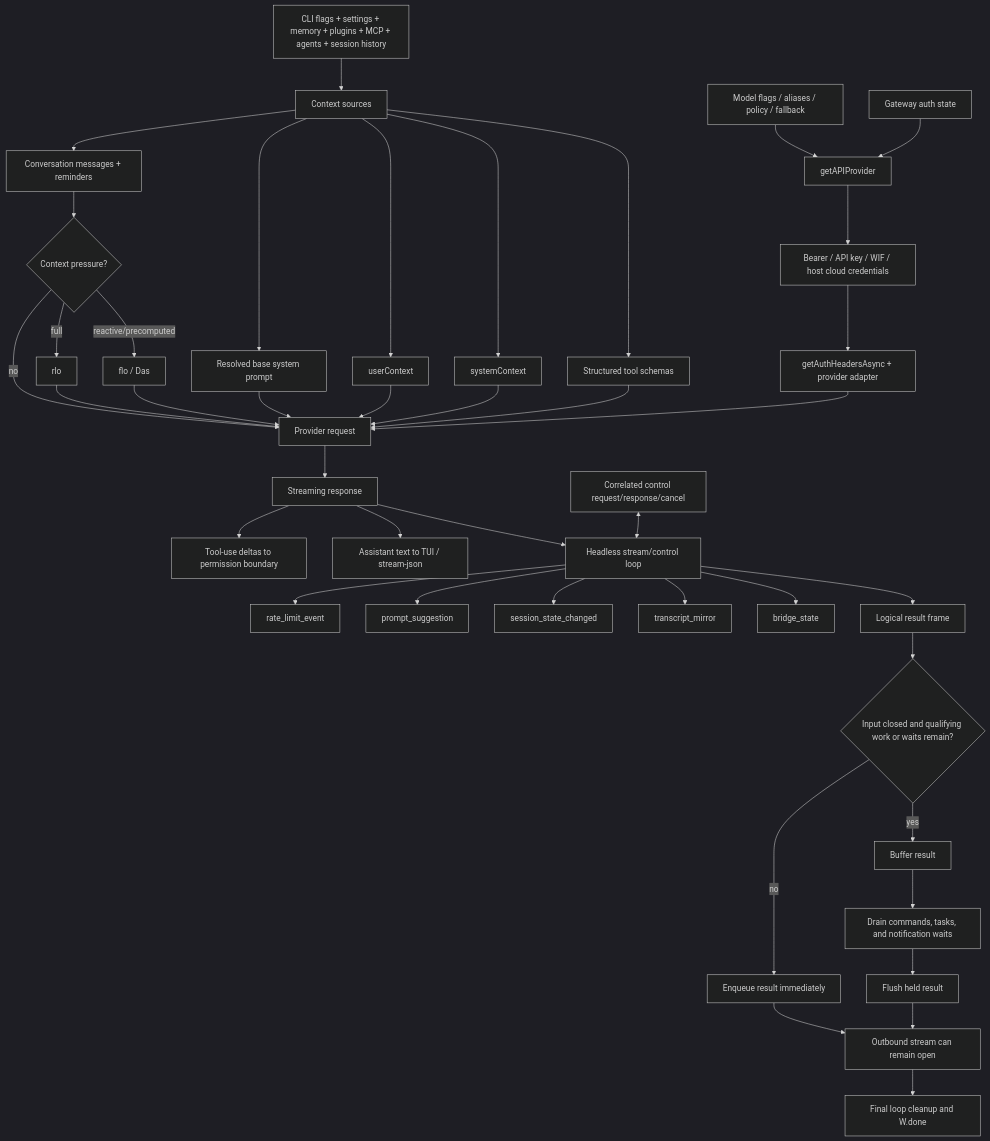
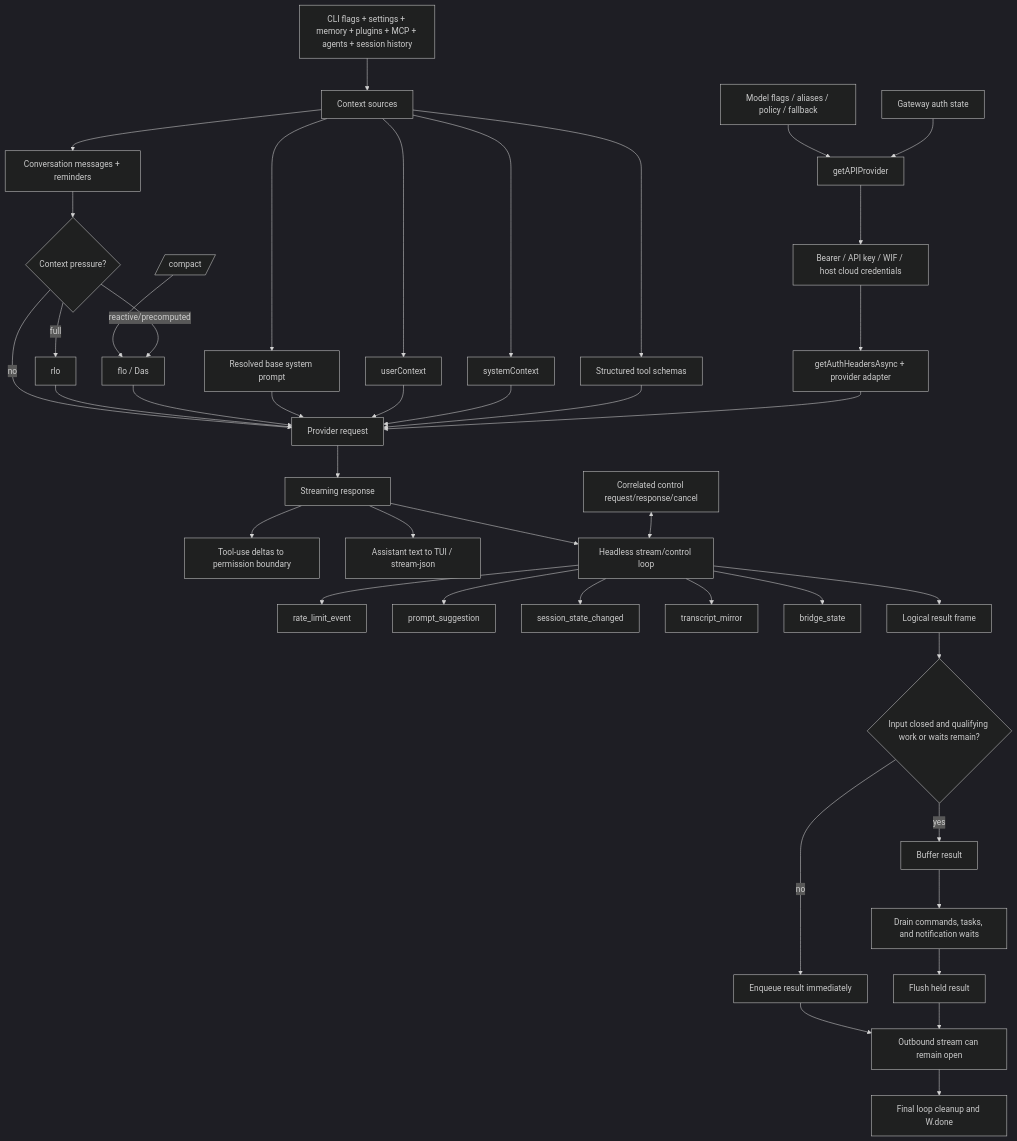
Before and after one commit to vibewatch/claude-code-internals: the diagram in docs/02-context-model-loop/architecture.md, drawn with Mermaid (dark theme). The commit also changed other lines of this file and 46 other files, not shown here.

````diff
--- a/docs/02-context-model-loop/architecture.md
+++ b/docs/02-context-model-loop/architecture.md
@@ -66,47 +67,48 @@
 ```mermaid
 flowchart TD
     Inputs[CLI flags + settings + memory + plugins + MCP + agents + session history] --> Sources[Context sources]
     Sources --> Base[Resolved base system prompt]
     Sources --> User[userContext]
     Sources --> System[systemContext]
     Sources --> Tools[Structured tool schemas]
     Sources --> Transcript[Conversation messages + reminders]
 
     Transcript --> CompactRouter{Context pressure?}
+    Manual[/compact/] --> Reactive
     CompactRouter -->|no| Request[Provider request]
     CompactRouter -->|full| Full[rlo]
     CompactRouter -->|reactive/precomputed| Reactive[flo / Das]
     Full --> Request
     Reactive --> Request
     Base --> Request
     User --> Request
     System --> Request
     Tools --> Request
 
     Models[Model flags / aliases / policy / fallback] --> ProviderRouter[getAPIProvider]
     Gateway[Gateway auth state] --> ProviderRouter
     ProviderRouter --> AuthMatrix[Bearer / API key / WIF / host cloud credentials]
     AuthMatrix --> Headers[getAuthHeadersAsync + provider adapter]
     Headers --> Request
 
     Request --> ModelStream[Streaming response]
     ModelStream --> ToolUse[Tool-use deltas to permission boundary]
     ModelStream --> TextUI[Assistant text to TUI / stream-json]
 
     ModelStream --> Mux[Headless stream/control loop]
     Control[Correlated control request/response/cancel] <--> Mux
     Mux --> RateLimit[rate_limit_event]
     Mux --> Suggestions[prompt_suggestion]
     Mux --> State[session_state_changed]
     Mux --> Mirror[transcript_mirror]
     Mux --> Bridge[bridge_state]
     Mux --> Result[Logical result frame]
     Result --> Hold{Input closed and qualifying work or waits remain?}
     Hold -->|no| Emit[Enqueue result immediately]
     Hold -->|yes| Held[Buffer result]
     Held --> Drain[Drain commands, tasks, and notification waits]
     Drain --> Flush[Flush held result]
     Emit --> Open[Outbound stream can remain open]
     Flush --> Open
     Open --> Close[Final loop cleanup and W.done]
 ```
````
